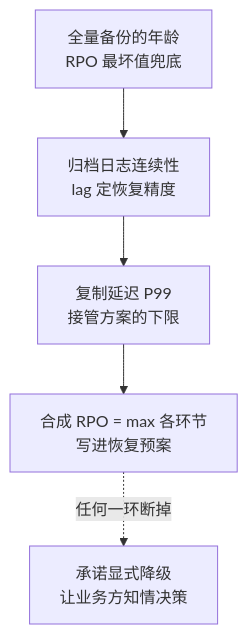
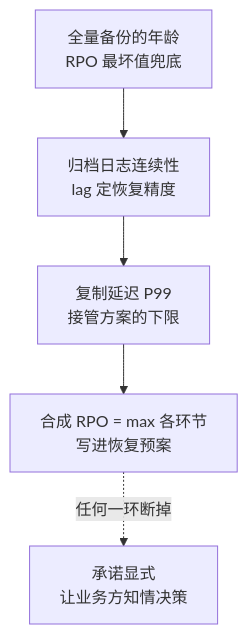
One commit to hub138/technical-knowledge changed the first of 2 diagrams in vault/工程知识/数据系统：在并发与故障中保存事实/可靠性与运维/恢复点目标要先算账：RPO 是数据的时间边界，不是备份频率的同义词.md. Above: the diagram before and after it, drawn with Mermaid. The commit also changed other lines of this file and 622 other files, not shown here.

````diff
--- a/vault/工程知识/数据系统：在并发与故障中保存事实/可靠性与运维/恢复点目标要先算账：RPO 是数据的时间边界，不是备份频率的同义词.md
+++ b/vault/工程知识/数据系统：在并发与故障中保存事实/可靠性与运维/恢复点目标要先算账：RPO 是数据的时间边界，不是备份频率的同义词.md
@@ -34,7 +46,7 @@
 ```mermaid
 flowchart TB
     a["全量备份的年龄<br/>RPO 最坏值兜底"] --> b["归档日志连续性<br/>lag 定恢复精度"]
     b --> c["复制延迟 P99<br/>接管方案的下限"]
     c --> d["合成 RPO = max 各环节<br/>写进恢复预案"]
-    d -.->|"任何一环断掉"| e["承诺显式降级<br/>让业务方知情决策"]
+    d -.->|"任何一环断掉"| e["承诺显式<br/>让业务方知情决策"]
 ```
````
